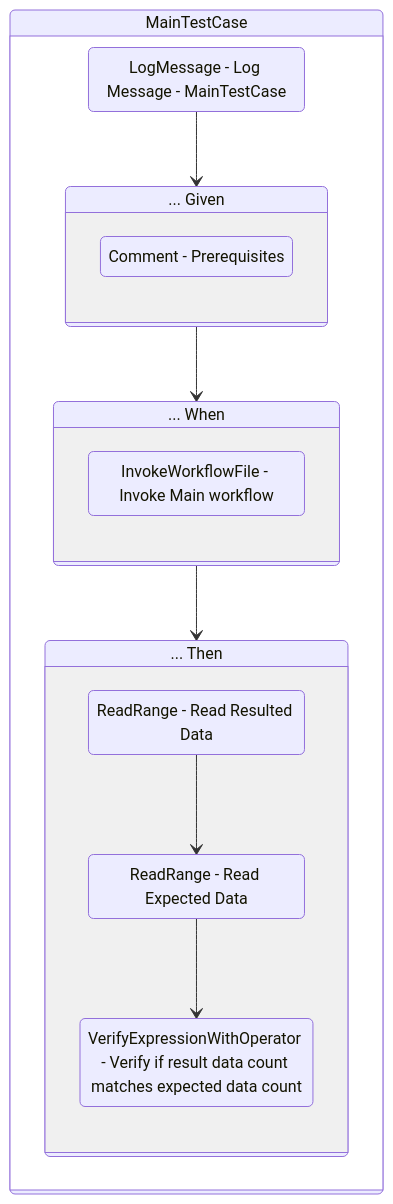
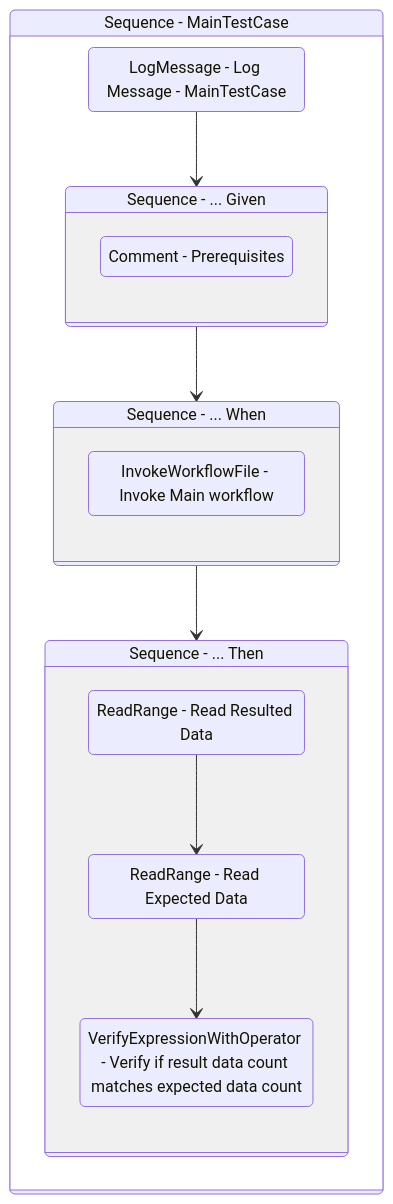
One commit to yashbrahmbhatt/LazyFramework changed the diagram in Documentation/.templates/Performers/REFramework/Tests/MainTestCase.md. Above: the diagram before and after it, drawn with Mermaid. The commit also changed 78 other files, not shown here.

````diff
--- a/Documentation/.templates/Performers/REFramework/Tests/MainTestCase.md
+++ b/Documentation/.templates/Performers/REFramework/Tests/MainTestCase.md
@@ -106,32 +106,32 @@
 ```mermaid
 stateDiagram-v2
 
 
-Sequence_1: MainTestCase
+Sequence_1: Sequence - MainTestCase
 state Sequence_1 {
 direction TB
 LogMessage_1 : LogMessage - Log Message - MainTestCase
 LogMessage_1 --> Sequence_2
-Sequence_2: ... Given
+Sequence_2: Sequence - ... Given
 state Sequence_2 {
 direction TB
 Comment_1 : Comment - Prerequisites
 }
 Sequence_2 --> Sequence_3
-Sequence_3: ... When
+Sequence_3: Sequence - ... When
 state Sequence_3 {
 direction TB
 InvokeWorkflowFile_1 : InvokeWorkflowFile - Invoke Main workflow
 }
 Sequence_3 --> Sequence_4
-Sequence_4: ... Then
+Sequence_4: Sequence - ... Then
 state Sequence_4 {
 direction TB
 ReadRange_1 : ReadRange - Read Resulted Data
 ReadRange_2 : ReadRange - Read Expected Data
 ReadRange_1 --> ReadRange_2
 VerifyExpressionWithOperator_1 : VerifyExpressionWithOperator - Verify if result data count matches expected data count
 ReadRange_2 --> VerifyExpressionWithOperator_1
 }
 }
 ```
````
